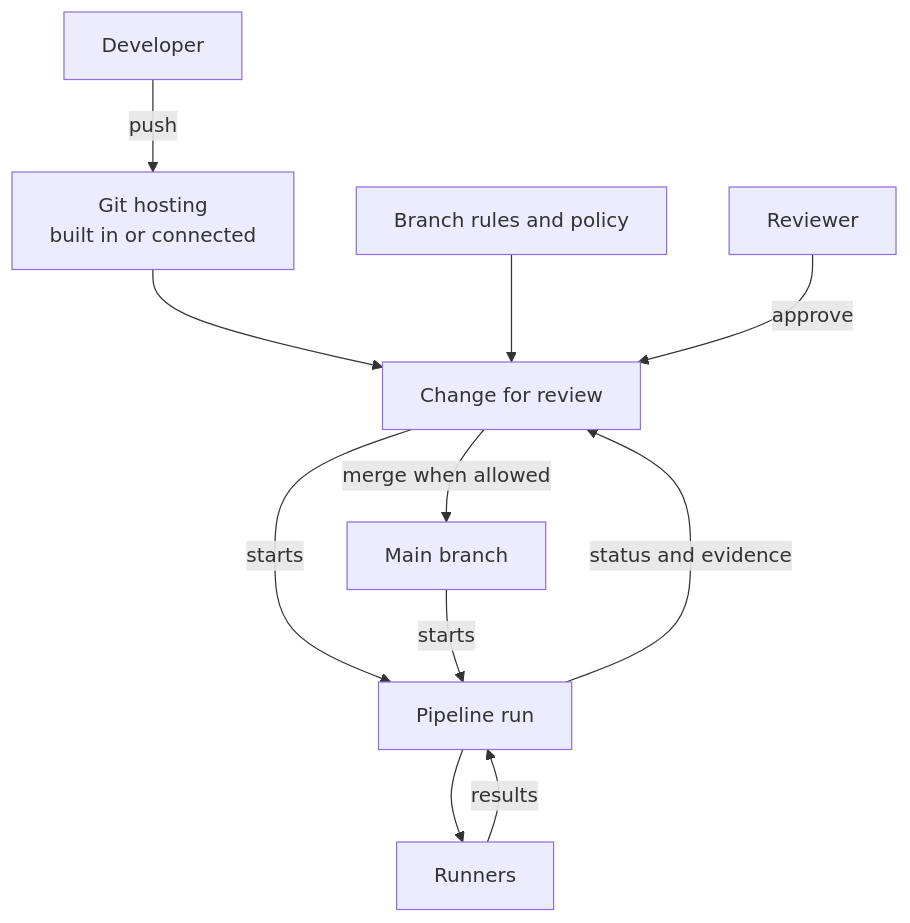
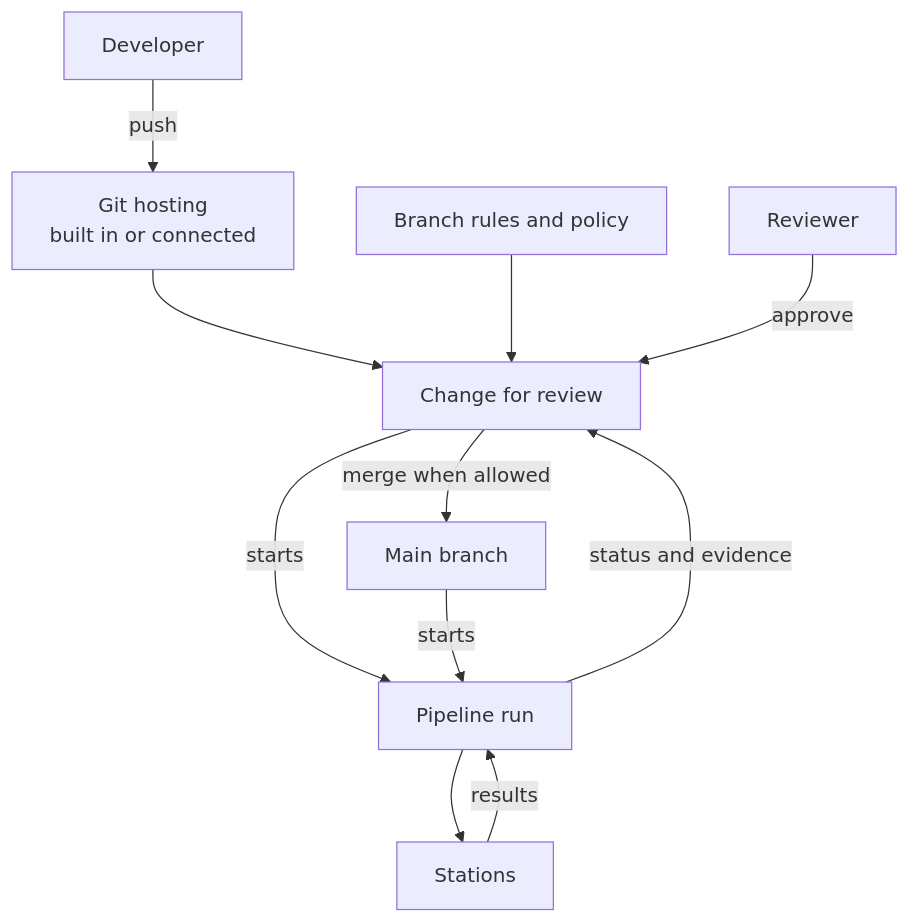
One commit to JK-Magic-Creations/launchway changed the diagram in docs/roadmap/milestone-1.md. Above: the diagram before and after it, drawn with Mermaid. The commit also changed other lines of this file and 315 other files, not shown here.

````diff
--- a/docs/roadmap/milestone-1.md
+++ b/docs/roadmap/milestone-1.md
@@ -27,13 +27,13 @@
 ```mermaid
 flowchart TD
   Dev["Developer"] -->|push| Host["Git hosting<br/>built in or connected"]
   Host --> PR["Change for review"]
   PR -->|starts| Run["Pipeline run"]
-  Run --> Runners["Runners"]
-  Runners -->|results| Run
+  Run --> Stations["Stations"]
+  Stations -->|results| Run
   Run -->|status and evidence| PR
   Rules["Branch rules and policy"] --> PR
   Reviewer["Reviewer"] -->|approve| PR
   PR -->|merge when allowed| Main["Main branch"]
   Main -->|starts| Run
 ```
````
